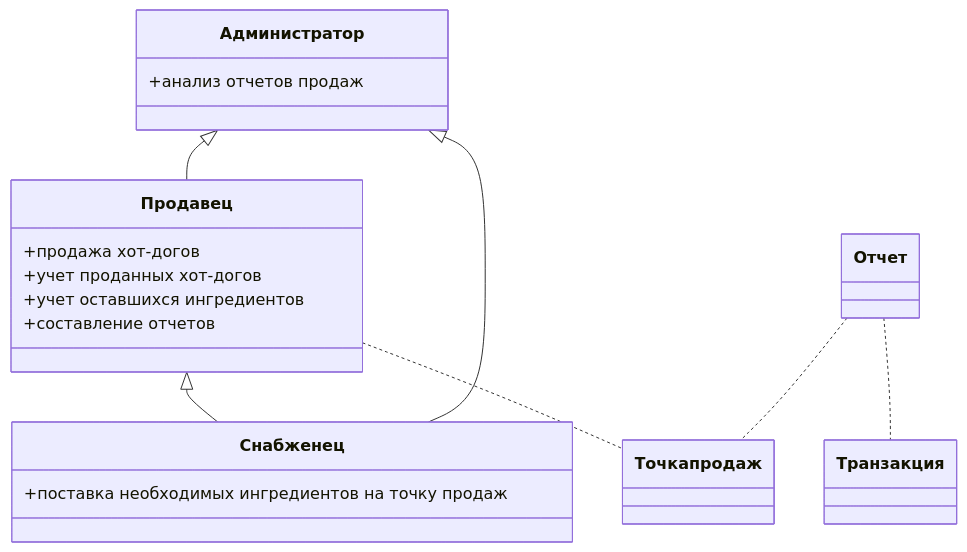
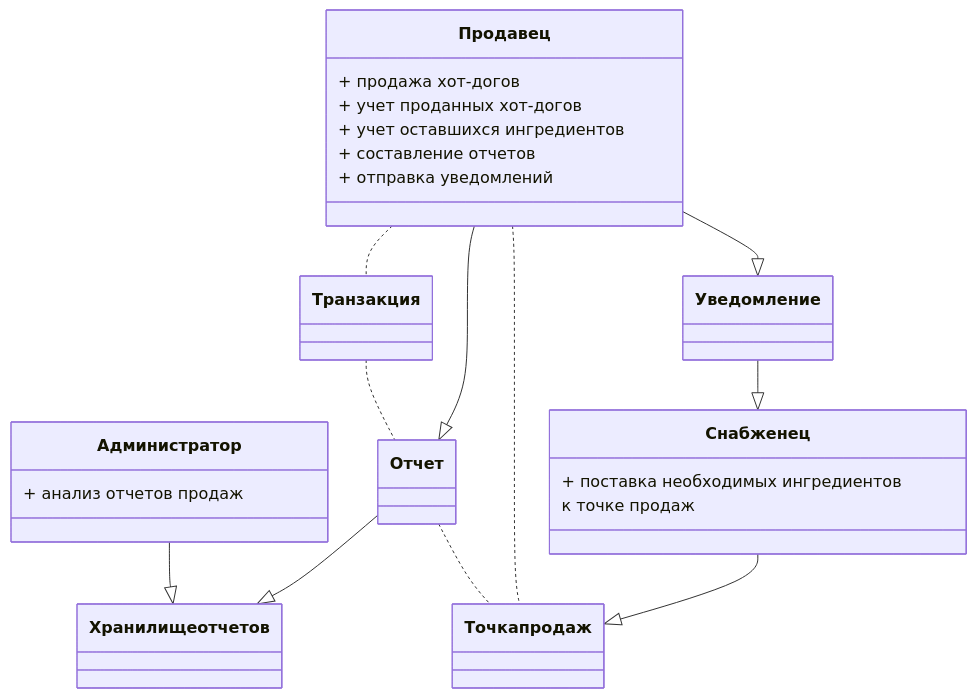
The first of 6 diagrams in homeworks/august/1/homework.md (ContinentalGuy/otus-arch), drawn with Mermaid before and after one commit. The commit also changed other lines of this file, not shown here.

````diff
--- a/homeworks/august/1/homework.md
+++ b/homeworks/august/1/homework.md
@@ -35,33 +35,46 @@
 ```mermaid
 classDiagram
-Администратор <|-- Продавец
-Продавец <|-- Снабженец
-Администратор <|-- Снабженец
+Продавец --|> Отчет
+Транзакция .. Отчет
+Продавец .. Транзакция
+Отчет --|> Хранилище отчетов
+Продавец --|> Уведомление
+Уведомление --|> Снабженец
+Снабженец --|> Точка продаж 
 Продавец .. Точка продаж
 Отчет .. Точка продаж
-Отчет .. Транзакция
+Администратор --|> Хранилище отчетов
+
 
 class Продавец{
-    +продажа хот-догов
-    +учет проданных хот-догов
-    +учет оставшихся ингредиентов
-    +составление отчетов
+    + продажа хот-догов
+    + учет проданных хот-догов
+    + учет оставшихся ингредиентов
+    + составление отчетов
+    + отправка уведомлений
     }
 
 class Точка продаж{
     }
 
 class Отчет{
     }
 
+class Хранилище отчетов{
+    }
+
 class Транзакция{
     }
 
+class Уведомление{
+    }
+
 class Снабженец{
-    +поставка необходимых ингредиентов на точку продаж
+    + поставка необходимых ингредиентов 
+    к точке продаж
     }
 
 class Администратор{
-    +анализ отчетов продаж
+    + анализ отчетов продаж
     }
 ```
````
